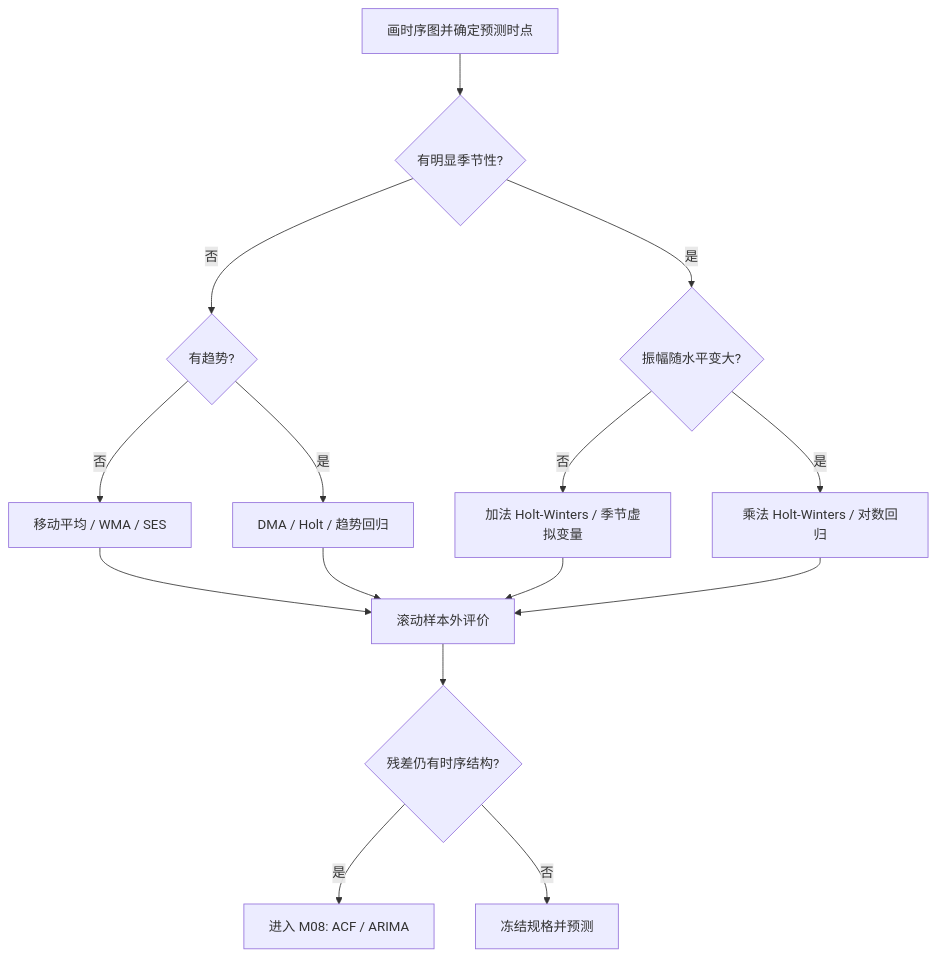
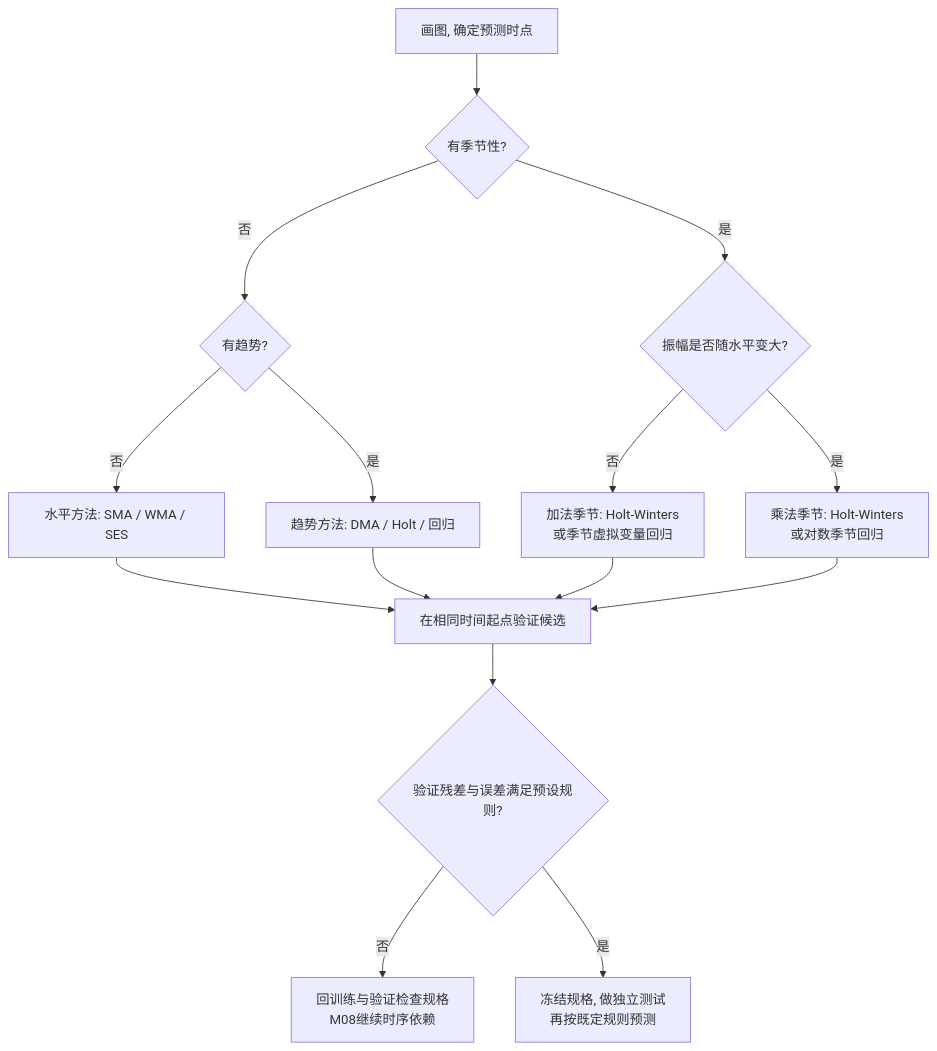
Before and after one commit to CercaTrovato/cityu-ai-course-notes: the fourth of 4 diagrams in IS6400_Business_Data_Analytics/notes/M07-时间序列I-平滑趋势与季节性.md, drawn with Mermaid. The commit also changed other lines of this file and 35 other files, not shown here.

````diff
--- a/IS6400_Business_Data_Analytics/notes/M07-时间序列I-平滑趋势与季节性.md
+++ b/IS6400_Business_Data_Analytics/notes/M07-时间序列I-平滑趋势与季节性.md
@@ -857,17 +1022,17 @@
 ```mermaid
 flowchart TD
-    A[画时序图并确定预测时点] --> B{有明显季节性?}
+    A[画图, 确定预测时点] --> B{有季节性?}
     B -->|否| C{有趋势?}
-    C -->|否| D[移动平均 / WMA / SES]
-    C -->|是| E[DMA / Holt / 趋势回归]
-    B -->|是| F{振幅随水平变大?}
-    F -->|否| G[加法 Holt-Winters / 季节虚拟变量]
-    F -->|是| H[乘法 Holt-Winters / 对数回归]
-    D --> I[滚动样本外评价]
+    C -->|否| D[水平方法: SMA / WMA / SES]
+    C -->|是| E[趋势方法: DMA / Holt / 回归]
+    B -->|是| F{振幅是否随水平变大?}
+    F -->|否| G[加法季节: Holt-Winters<br/>或季节虚拟变量回归]
+    F -->|是| H[乘法季节: Holt-Winters<br/>或对数季节回归]
+    D --> I[在相同时间起点验证候选]
     E --> I
     G --> I
     H --> I
-    I --> J{残差仍有时序结构?}
-    J -->|是| K[进入 M08: ACF / ARIMA]
-    J -->|否| L[冻结规格并预测]
+    I --> J{验证残差与误差满足预设规则?}
+    J -->|否| K[回训练与验证检查规格<br/>M08继续时序依赖]
+    J -->|是| L[冻结规格, 做独立测试<br/>再按既定规则预测]
 ```
````
